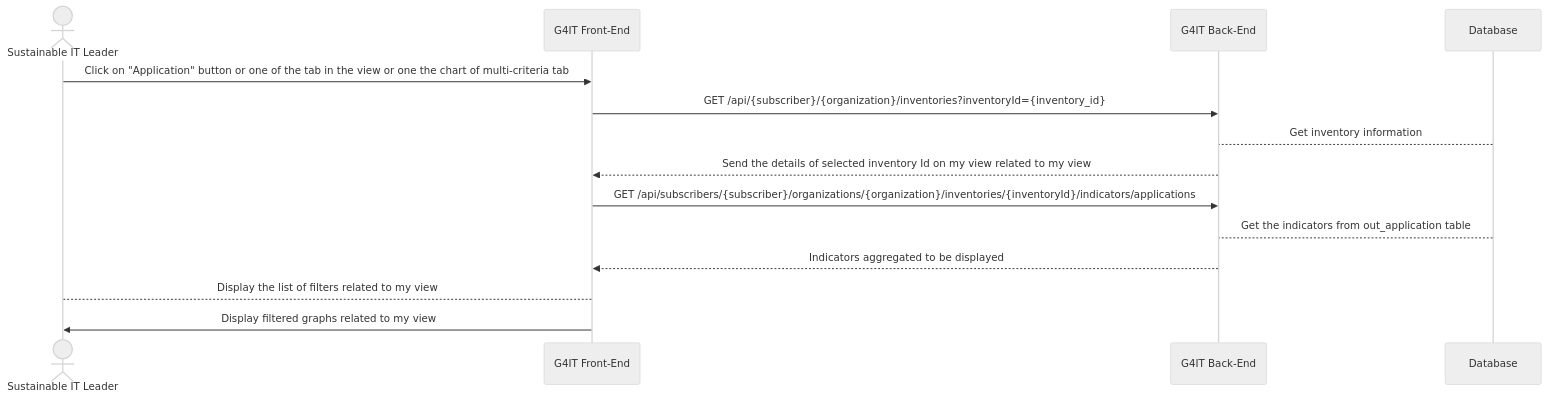
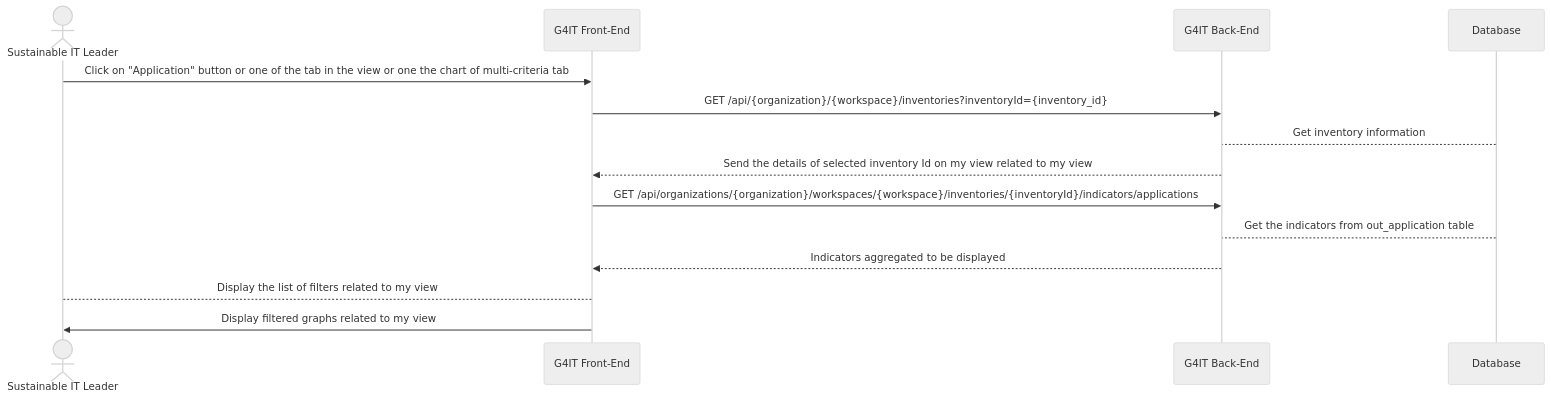
Before and after one commit to teamg4it/g4it: the second of 2 diagrams in services/documentation/content/2-functional-documentation/use_cases/uc_inventory/uc6_visualize_application_footprint.md, drawn with Mermaid (neutral theme). The commit also changed other lines of this file and 92 other files, not shown here.

```diff
--- a/services/documentation/content/2-functional-documentation/use_cases/uc_inventory/uc6_visualize_application_footprint.md
+++ b/services/documentation/content/2-functional-documentation/use_cases/uc_inventory/uc6_visualize_application_footprint.md
@@ -197,17 +197,17 @@
 {{< mermaid >}}
 sequenceDiagram
 actor RND as Sustainable IT Leader
 participant front as G4IT Front-End
 participant back as G4IT Back-End
 participant Database
 RND ->> front: Click on "Application" button or one of the tab in the view or one the chart of multi-criteria tab
-front ->> back: GET /api/{subscriber}/{organization}/inventories?inventoryId={inventory_id}
+front ->> back: GET /api/{organization}/{workspace}/inventories?inventoryId={inventory_id}
 Database--> back: Get inventory information
 back -->> front: Send the details of selected inventory Id on my view related to my view
-front ->> back: GET /api/subscribers/{subscriber}/organizations/{organization}/inventories/{inventoryId}/indicators/applications
+front ->> back: GET /api/organizations/{organization}/workspaces/{workspace}/inventories/{inventoryId}/indicators/applications
 Database--> back: Get the indicators from out_application table
 back -->> front: Indicators aggregated to be displayed
 front --> RND: Display the list of filters related to my view
 front ->> RND: Display filtered graphs related to my view
 
 {{< /mermaid >}}
```
